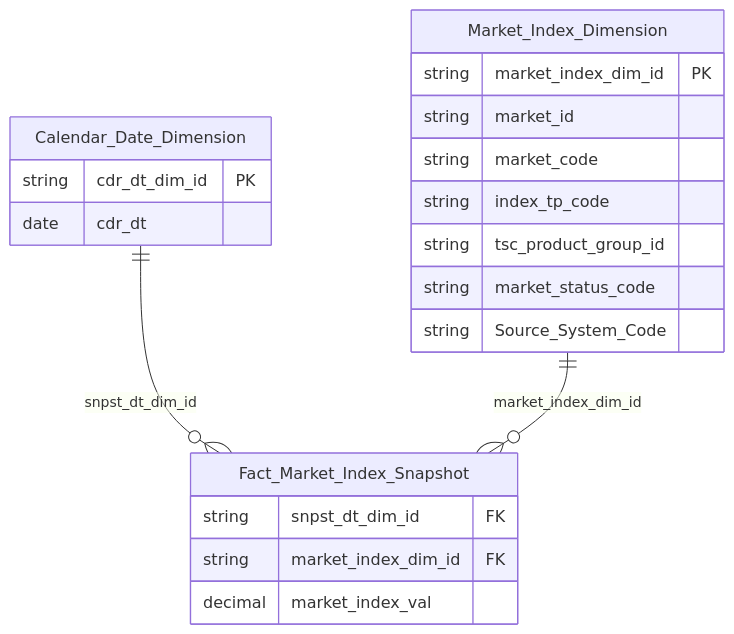
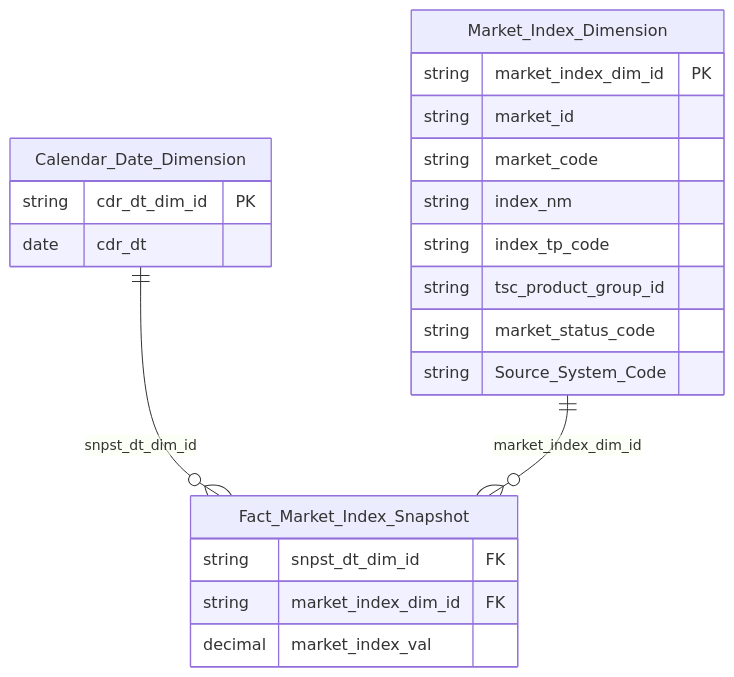
Diagram 28 of 30 in Datamart/hld/DTM_QLKD_HLD.md (linhlvit/ubck_atomic_design), drawn with Mermaid before and after one commit. The commit also changed other lines of this file and 2 other files, not shown here.

First line of the commit message:
feat(QLKD): bo sung index_nm cho qlkd_fct_market_index_snpst_flat

````diff
--- a/Datamart/hld/DTM_QLKD_HLD.md
+++ b/Datamart/hld/DTM_QLKD_HLD.md
@@ -1526,26 +1527,27 @@
 ```mermaid
 erDiagram
     Calendar_Date_Dimension ||--o{ Fact_Market_Index_Snapshot : "snpst_dt_dim_id"
     Market_Index_Dimension ||--o{ Fact_Market_Index_Snapshot : "market_index_dim_id"
 
     Calendar_Date_Dimension {
         string cdr_dt_dim_id PK
         date cdr_dt
     }
 
     Market_Index_Dimension {
         string market_index_dim_id PK
         string market_id
         string market_code
+        string index_nm
         string index_tp_code
         string tsc_product_group_id
         string market_status_code
         string Source_System_Code
     }
 
     Fact_Market_Index_Snapshot {
         string snpst_dt_dim_id FK
         string market_index_dim_id FK
         decimal market_index_val
     }
 ```
````
